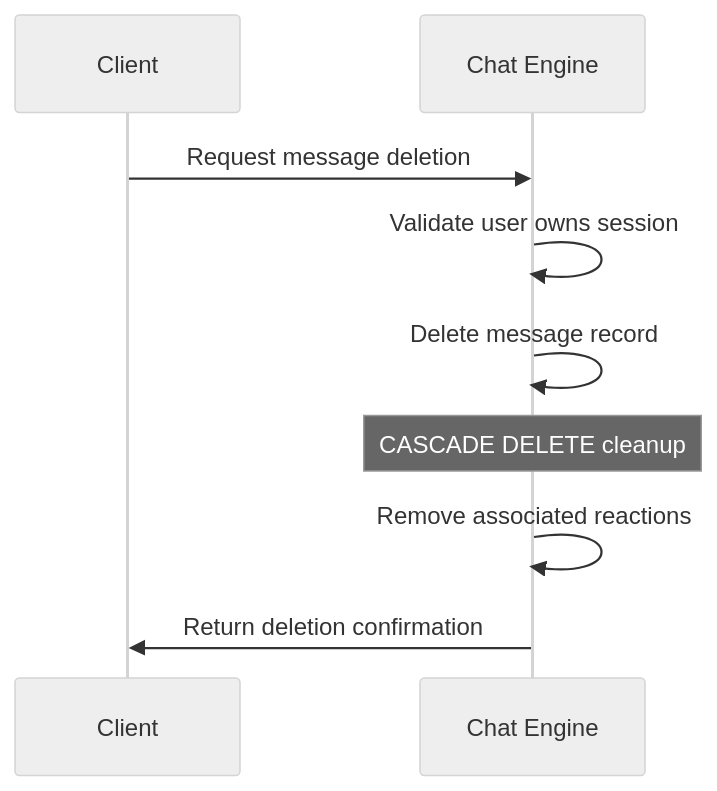
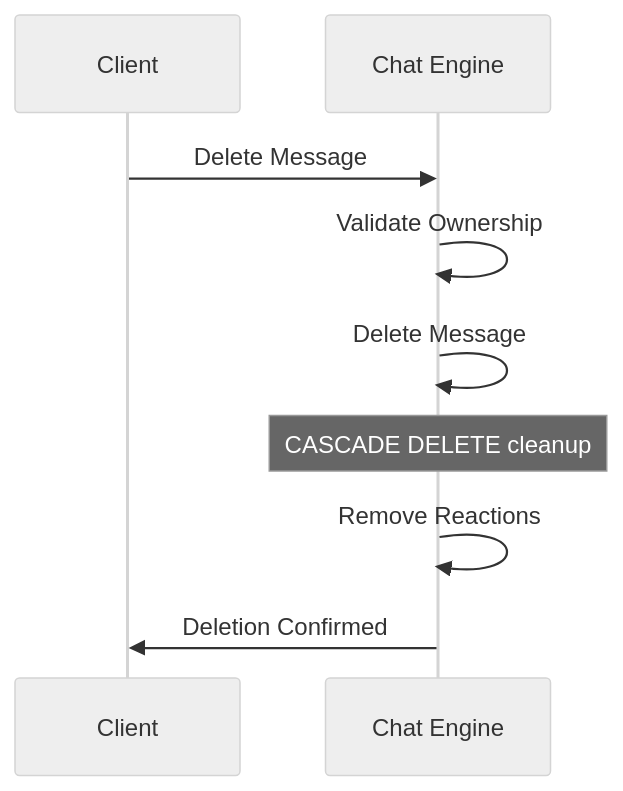
Diagram 16 of 16 in modules/chat_engine/DESIGN.md (hypernetix/hyperspot), drawn with Mermaid (neutral theme) before and after one commit. The commit also changed other lines of this file and 25 other files, not shown here.

````diff
--- a/modules/chat_engine/DESIGN.md
+++ b/modules/chat_engine/DESIGN.md
@@ -907,14 +859,14 @@
 ```mermaid
 sequenceDiagram
     participant C as Client
     participant CE as Chat Engine
 
-    C->>CE: Request message deletion
-    CE->>CE: Validate user owns session
-    CE->>CE: Delete message record
+    C->>CE: Delete Message
+    CE->>CE: Validate Ownership
+    CE->>CE: Delete Message
 
     Note over CE: CASCADE DELETE cleanup
 
-    CE->>CE: Remove associated reactions
-    CE->>C: Return deletion confirmation
+    CE->>CE: Remove Reactions
+    CE->>C: Deletion Confirmed
 ```
````
